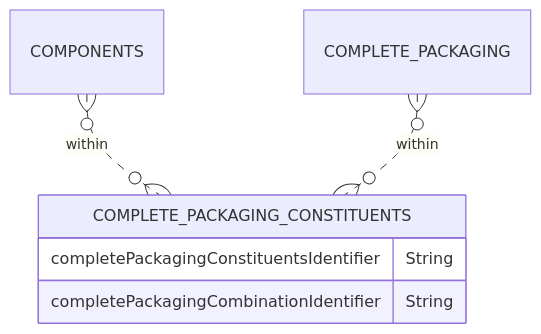
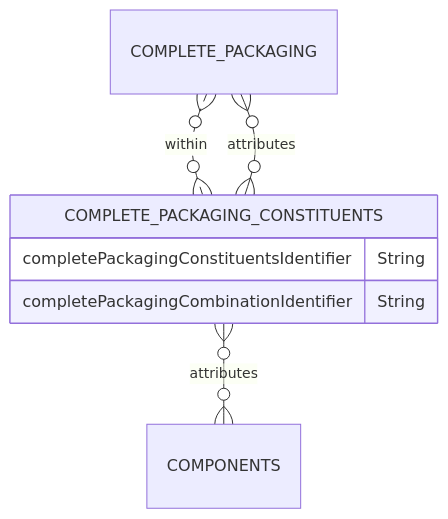
The diagram in docs/6_Relationship_Lists/6_003_Complete_Packaging_Constituents.md (OpenDataManchester/Open3P), drawn with Mermaid before and after one commit. The commit also changed 2 other files, not shown here.

Commit message:
Improving relationship list diagrams

````diff
--- a/docs/6_Relationship_Lists/6_003_Complete_Packaging_Constituents.md
+++ b/docs/6_Relationship_Lists/6_003_Complete_Packaging_Constituents.md
@@ -18,10 +18,11 @@
 ``` mermaid
 erDiagram
 
-  COMPONENTS }o..o{ COMPLETE_PACKAGING_CONSTITUENTS : within
   COMPLETE_PACKAGING }o..o{ COMPLETE_PACKAGING_CONSTITUENTS : within
   COMPLETE_PACKAGING_CONSTITUENTS {
     completePackagingConstituentsIdentifier String
     completePackagingCombinationIdentifier String
   }
+  COMPLETE_PACKAGING_CONSTITUENTS }o--o{ COMPONENTS : attributes
+  COMPLETE_PACKAGING_CONSTITUENTS }o--o{ COMPLETE_PACKAGING : attributes
 ```
````
